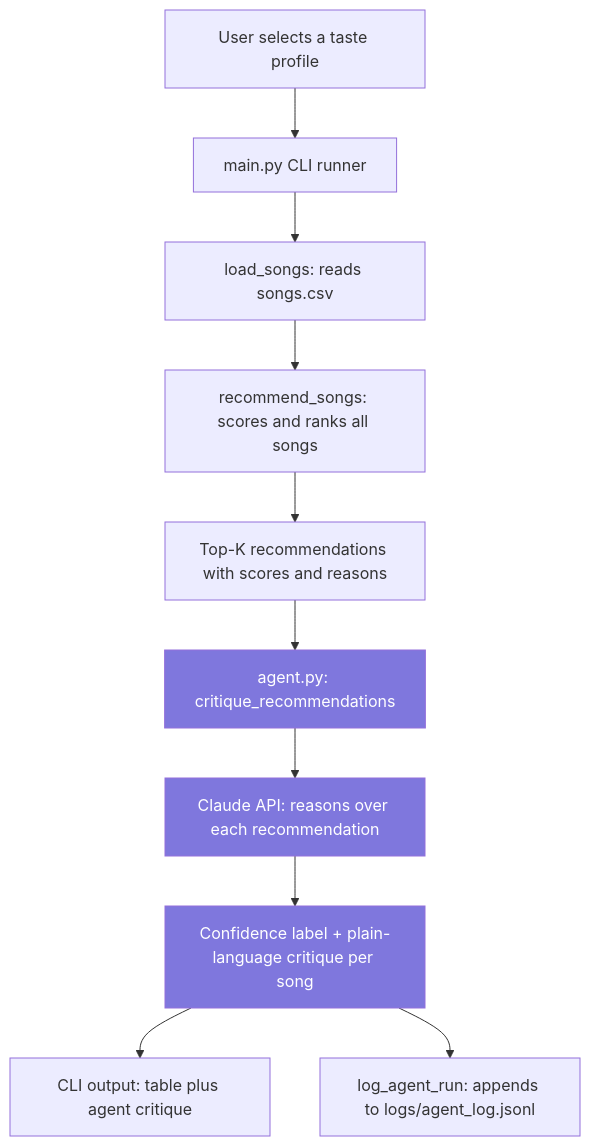
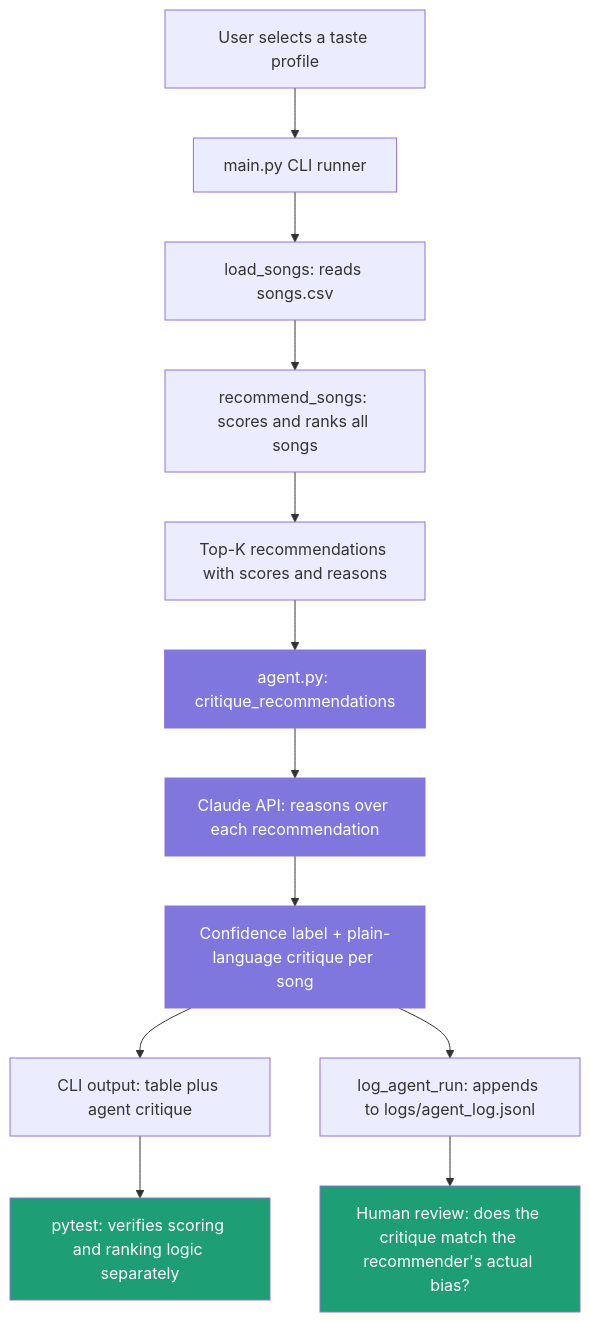
Before and after one commit to mosaeed2400/applied-ai-music-recommender: the diagram in diagrams/architecture.mmd, drawn with Mermaid.

Commit message:
Add human review and testing checkpoints to architecture diagram

```diff
--- a/diagrams/architecture.mmd
+++ b/diagrams/architecture.mmd
@@ -1,14 +1,18 @@
 flowchart TD
     User[User selects a taste profile] --> Main[main.py CLI runner]
     Main --> Loader[load_songs: reads songs.csv]
     Loader --> Scorer[recommend_songs: scores and ranks all songs]
     Scorer --> Results[Top-K recommendations with scores and reasons]
     Results --> Agent[agent.py: critique_recommendations]
     Agent --> LLM[Claude API: reasons over each recommendation]
     LLM --> Critique[Confidence label + plain-language critique per song]
     Critique --> Output[CLI output: table plus agent critique]
     Critique --> Logger[log_agent_run: appends to logs/agent_log.jsonl]
+    Logger --> Review[Human review: does the critique match the recommender's actual bias?]
+    Output --> Tests[pytest: verifies scoring and ranking logic separately]
 
     style Agent fill:#7F77DD,color:#fff
     style LLM fill:#7F77DD,color:#fff
     style Critique fill:#7F77DD,color:#fff
+    style Review fill:#1D9E75,color:#fff
+    style Tests fill:#1D9E75,color:#fff
```
